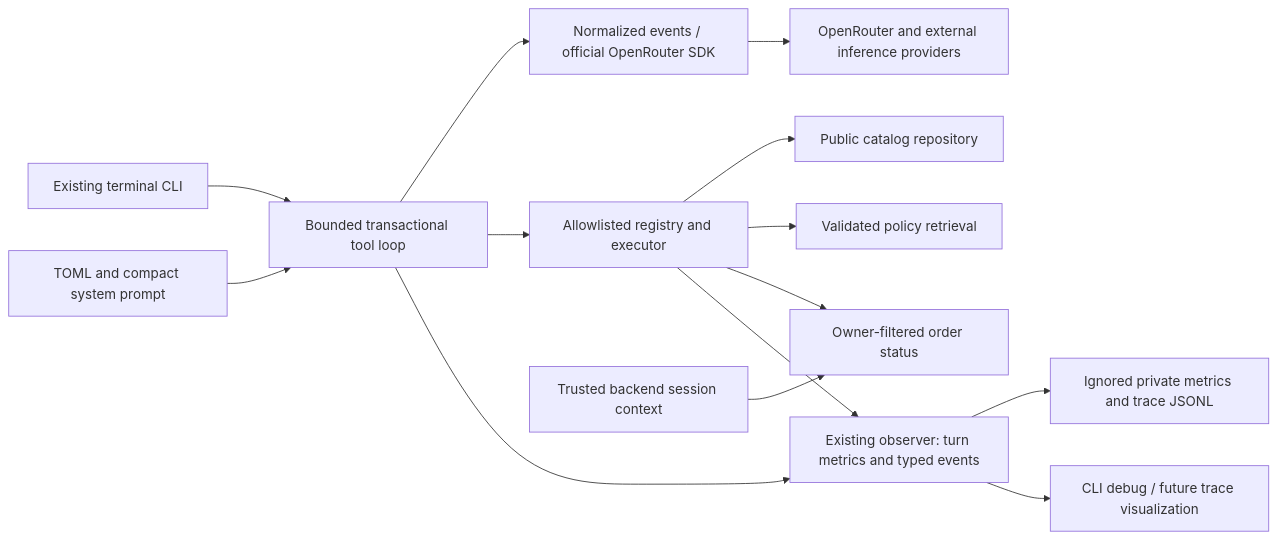
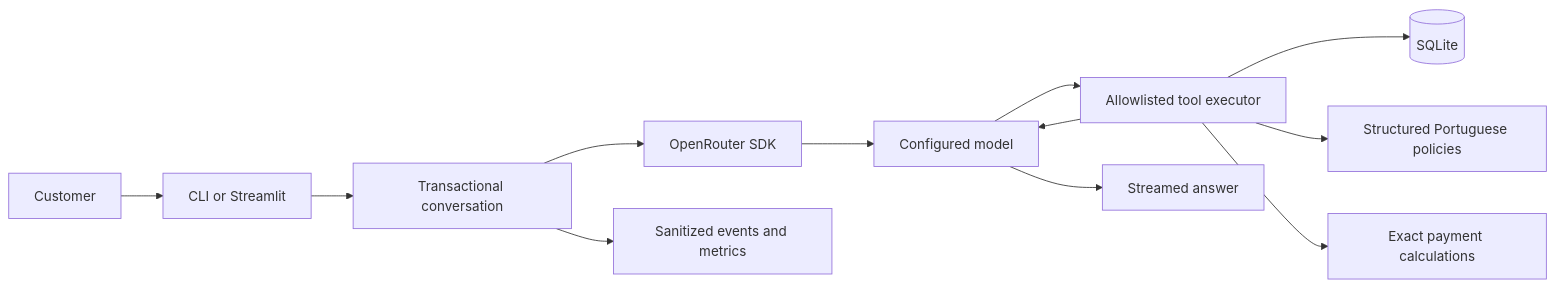
Before and after one commit to henrikmm/timbre-ai-agent: the diagram in docs/architecture.md, drawn with Mermaid. The commit also changed other lines of this file and 55 other files, not shown here.

````diff
--- a/docs/architecture.md
+++ b/docs/architecture.md
@@ -11,16 +10,14 @@
 ```mermaid
 flowchart LR
-    CLI[Existing terminal CLI] --> Conversation[Bounded transactional tool loop]
-    Config[TOML and compact system prompt] --> Conversation
-    Conversation --> Adapter[Normalized events / official OpenRouter SDK]
-    Adapter --> External[OpenRouter and external inference providers]
-    Conversation --> Executor[Allowlisted registry and executor]
-    Executor --> Catalog[Public catalog repository]
-    Executor --> Policies[Validated policy retrieval]
-    Executor --> Orders[Owner-filtered order status]
-    Auth[Trusted backend session context] --> Orders
-    Conversation --> Observer[Existing observer: turn metrics and typed events]
-    Executor --> Observer
-    Observer --> JSONL[Ignored private metrics and trace JSONL]
-    Observer --> Consumer[CLI debug / future trace visualization]
+    Customer --> UI[CLI or Streamlit]
+    UI --> Engine[Transactional conversation]
+    Engine --> Router[OpenRouter SDK]
+    Router --> Model[Configured model]
+    Model --> Executor[Allowlisted tool executor]
+    Executor --> Catalog[(SQLite)]
+    Executor --> Policies[Structured Portuguese policies]
+    Executor --> Rules[Exact payment calculations]
+    Executor --> Model
+    Model --> Answer[Streamed answer]
+    Engine --> Observer[Sanitized events and metrics]
 ```
````
